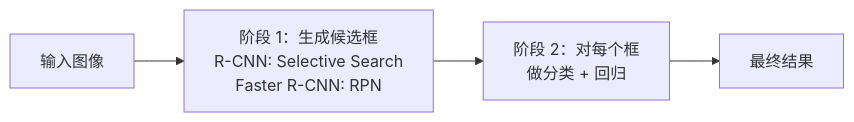
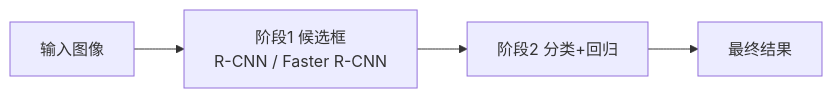
One commit to yejinlei/agent-yolo changed the first of 8 diagrams in docs/versions/v1/paper.md. Above: the diagram before and after it, drawn with Mermaid. The commit also changed other lines of this file and 3 other files, not shown here.

First line of the commit message:
全站 mermaid 文字截断修复：fontSize 14→12px + padding 12→14 + v1 长节点拆短

````diff
--- a/docs/versions/v1/paper.md
+++ b/docs/versions/v1/paper.md
@@ -13,6 +13,6 @@
 ```mermaid
 flowchart LR
-    IMG["输入图像"] --> RP["阶段 1：生成候选框<br/>R-CNN: Selective Search<br/>Faster R-CNN: RPN"]
-    RP --> CLS["阶段 2：对每个框<br/>做分类 + 回归"]
+    IMG["输入图像"] --> RP["阶段1 候选框<br/>R-CNN / Faster R-CNN"]
+    RP --> CLS["阶段2 分类+回归"]
     CLS --> OUT["最终结果"]
 ```
````
